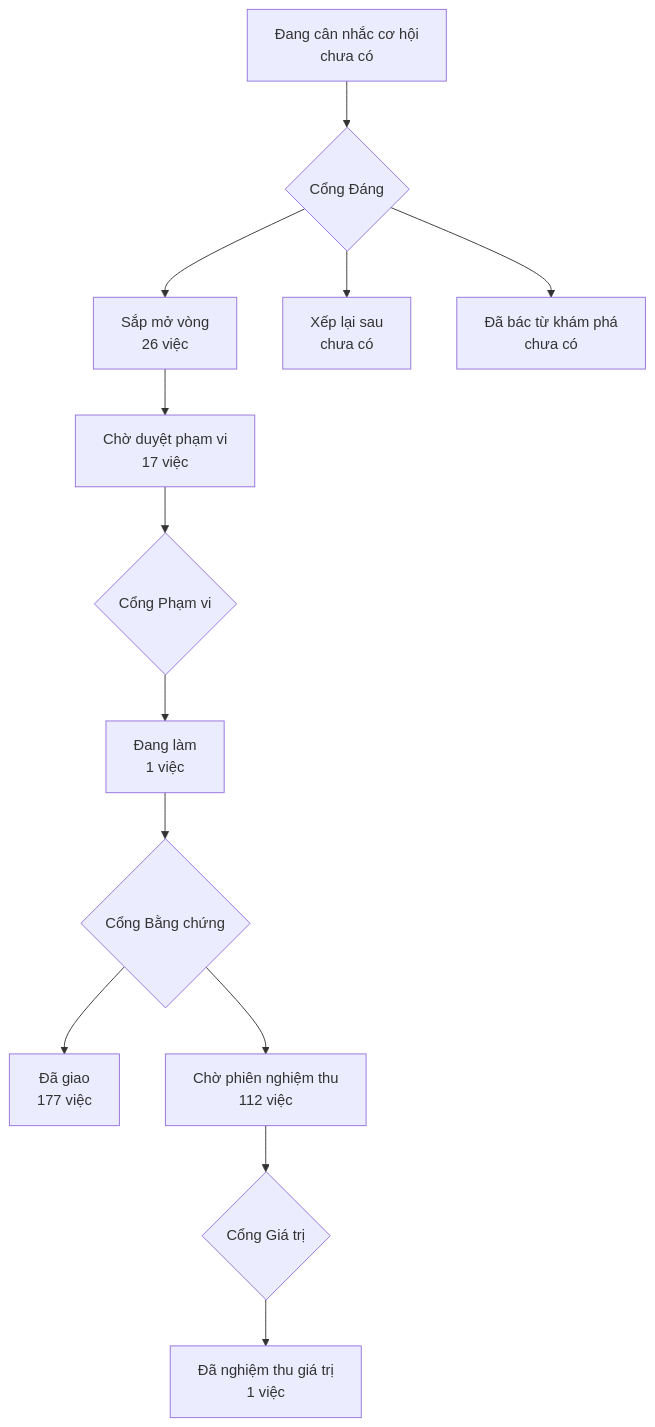
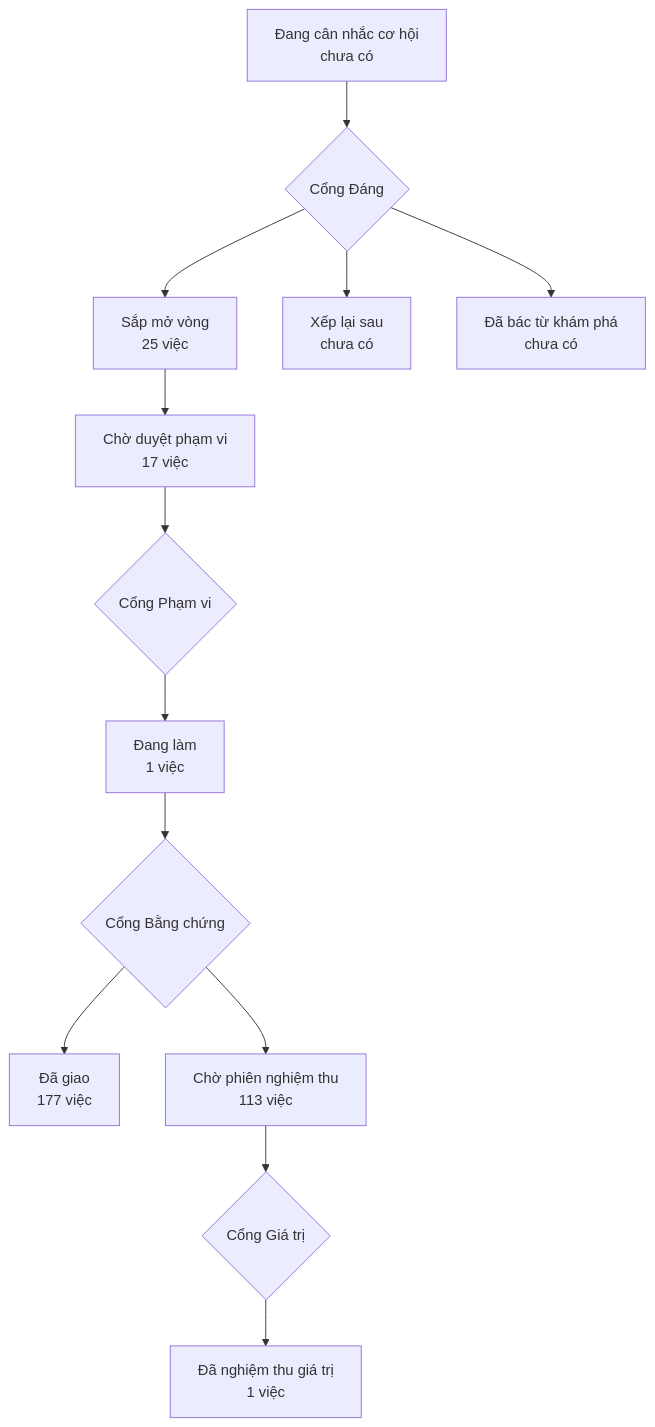
The diagram in PRODUCT-MAP.md (phanlemanh/onehub-invest), drawn with Mermaid before and after one commit. The commit also changed other lines of this file and 1 other file, not shown here.

Commit message:
chore(acceptance): sinh lại PRODUCT-MAP và LO-TRINH sau khi gộp main

````diff
--- a/PRODUCT-MAP.md
+++ b/PRODUCT-MAP.md
@@ -7,12 +7,12 @@
 ```mermaid
 flowchart TD
   A["Đang cân nhắc cơ hội<br/>chưa có"] --> GD{"Cổng Đáng"}
-  GD --> B["Sắp mở vòng<br/>26 việc"]
+  GD --> B["Sắp mở vòng<br/>25 việc"]
   GD --> XL["Xếp lại sau<br/>chưa có"]
   GD --> DB["Đã bác từ khám phá<br/>chưa có"]
   B --> CD["Chờ duyệt phạm vi<br/>17 việc"] --> GP{"Cổng Phạm vi"}
   GP --> DL["Đang làm<br/>1 việc"] --> GB{"Cổng Bằng chứng"}
   GB --> DG["Đã giao<br/>177 việc"]
-  GB --> CN["Chờ phiên nghiệm thu<br/>112 việc"] --> GG{"Cổng Giá trị"}
+  GB --> CN["Chờ phiên nghiệm thu<br/>113 việc"] --> GG{"Cổng Giá trị"}
   GG --> NT["Đã nghiệm thu giá trị<br/>1 việc"]
 ```
````
